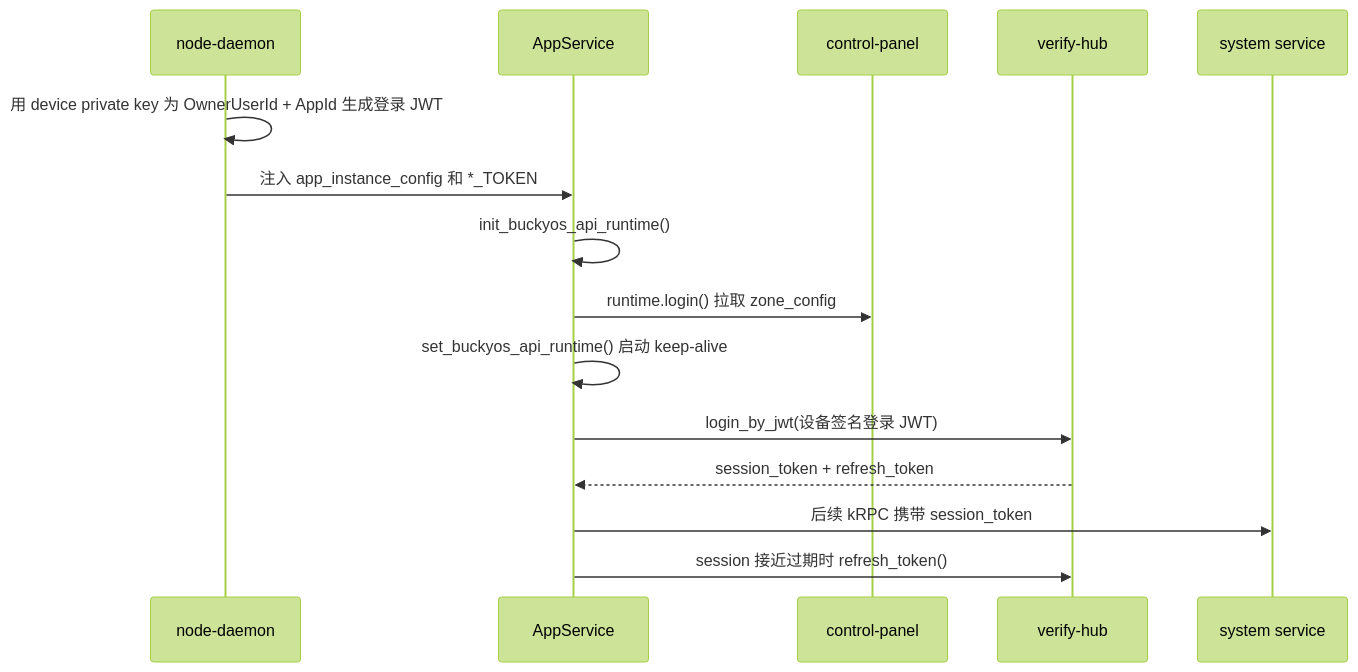
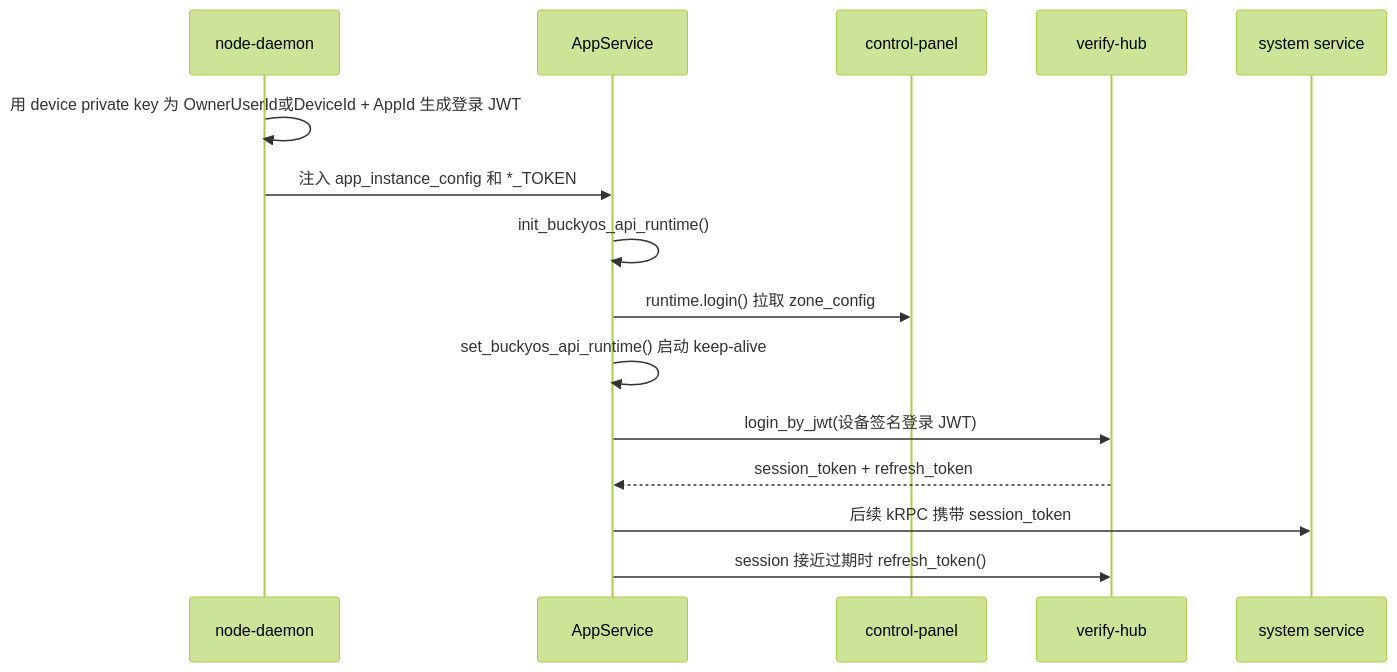
One commit to buckyos/buckyos changed the diagram in doc/sdk/runtime-login.md. Above: the diagram before and after it, drawn with Mermaid (forest theme). The commit also changed other lines of this file and 8 other files, not shown here.

````diff
--- a/doc/sdk/runtime-login.md
+++ b/doc/sdk/runtime-login.md
@@ -95,18 +95,18 @@
 ```mermaid
 sequenceDiagram
   participant ND as node-daemon
   participant App as AppService
   participant CP as control-panel
   participant VH as verify-hub
   participant Svc as system service
 
-  ND->>ND: 用 device private key 为 OwnerUserId + AppId 生成登录 JWT
+  ND->>ND: 用 device private key 为 OwnerUserId或DeviceId + AppId 生成登录 JWT
   ND->>App: 注入 app_instance_config 和 *_TOKEN
   App->>App: init_buckyos_api_runtime()
   App->>CP: runtime.login() 拉取 zone_config
   App->>App: set_buckyos_api_runtime() 启动 keep-alive
   App->>VH: login_by_jwt(设备签名登录 JWT)
   VH-->>App: session_token + refresh_token
   App->>Svc: 后续 kRPC 携带 session_token
   App->>VH: session 接近过期时 refresh_token()
 ```
````
